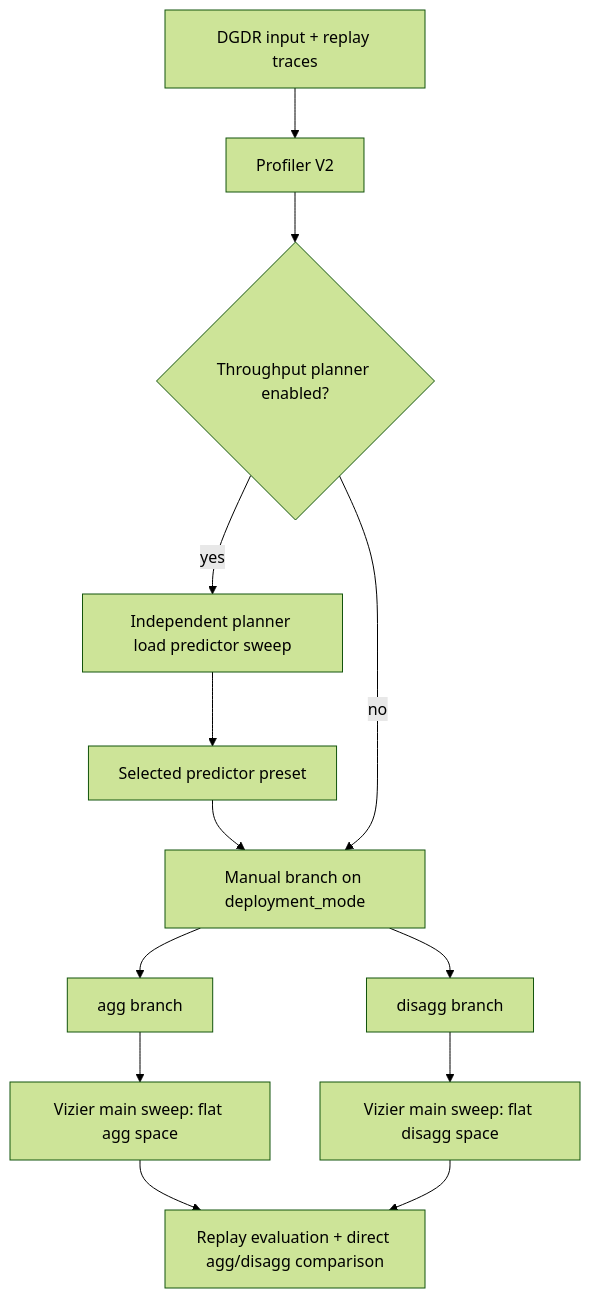
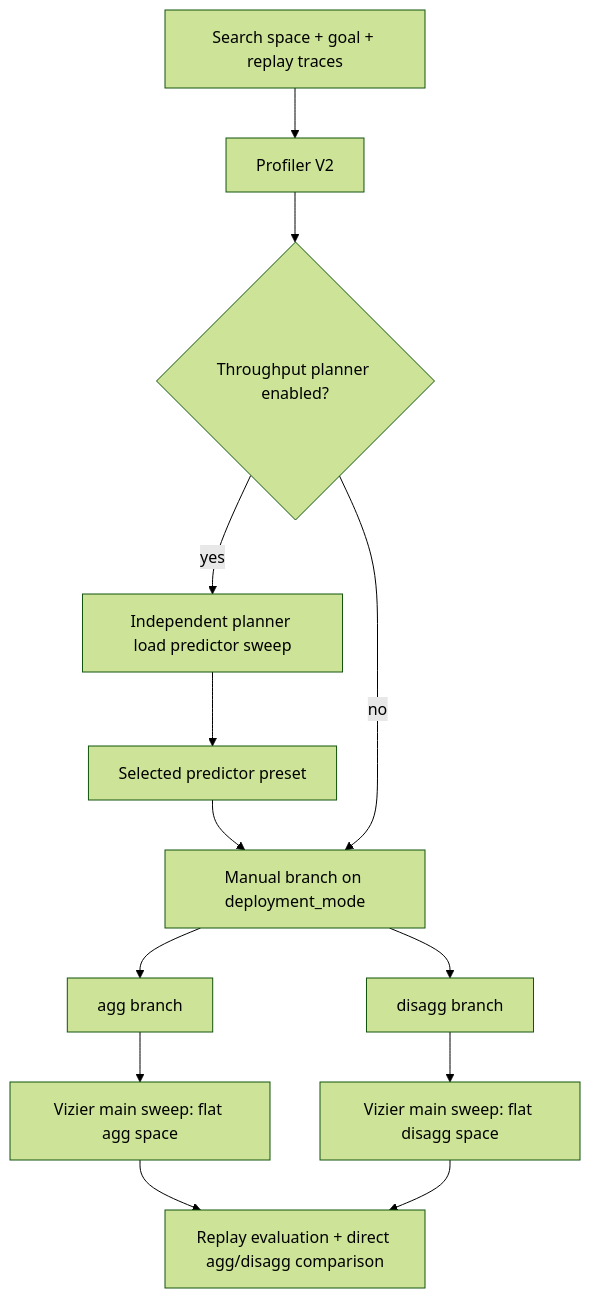
One commit to ai-dynamo/dynamo changed the diagram in docs/proposals/dgdr-profiler-smart-search-plan.md. Above: the diagram before and after it, drawn with Mermaid (forest theme). The commit also changed other lines of this file, not shown here.

Commit message:
docs(profiler): scrub DGDR references from smart-search plan

````diff
--- a/docs/proposals/dgdr-profiler-smart-search-plan.md
+++ b/docs/proposals/dgdr-profiler-smart-search-plan.md
@@ -25,15 +25,15 @@
 ```mermaid
 flowchart TD
-    input["DGDR input + replay traces"] --> profiler["Profiler V2"]
+    input["Search space + goal + replay traces"] --> profiler["Profiler V2"]
     profiler --> throughputPlanner{"Throughput planner enabled?"}
     throughputPlanner -->|yes| loadPredictor["Independent planner load predictor sweep"]
     loadPredictor --> predictorPreset["Selected predictor preset"]
     predictorPreset --> branch["Manual branch on deployment_mode"]
     throughputPlanner -->|no| branch
     branch --> agg["agg branch"]
     branch --> disagg["disagg branch"]
     agg --> aggVizier["Vizier main sweep: flat agg space"]
     disagg --> disaggVizier["Vizier main sweep: flat disagg space"]
     aggVizier --> rank["Replay evaluation + direct agg/disagg comparison"]
     disaggVizier --> rank
 ```
````
